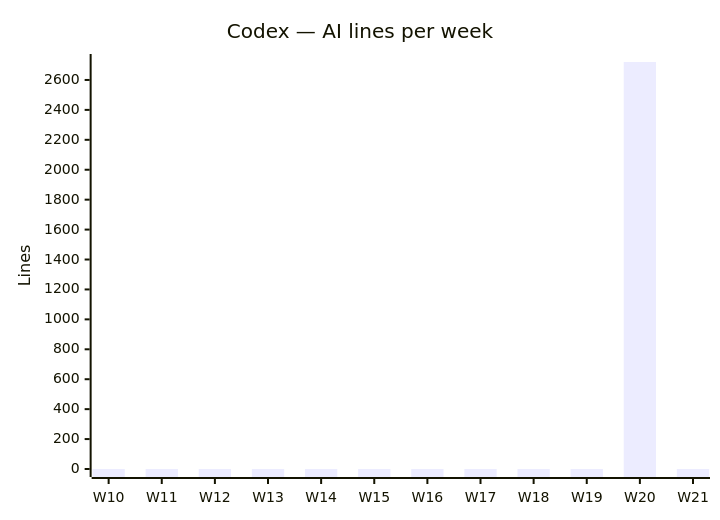
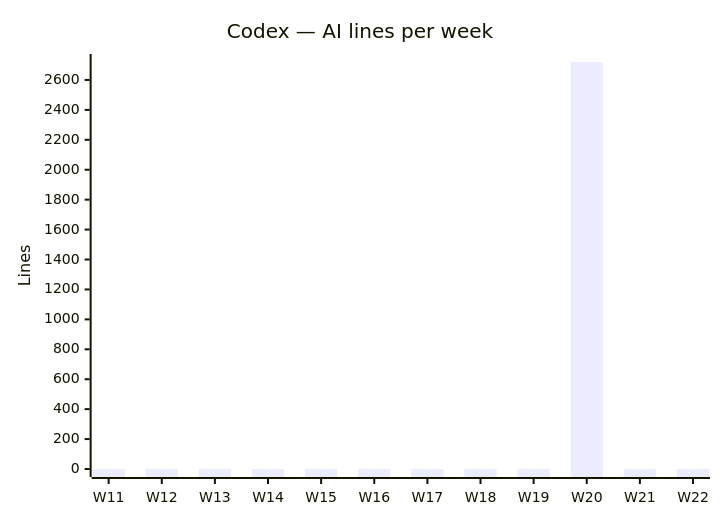
Before and after one commit to fromwaydowntown/ai-use: the third of 4 diagrams in docs/AI_USAGE.md, drawn with Mermaid. The commit also changed other lines of this file, not shown here.

````diff
--- a/docs/AI_USAGE.md
+++ b/docs/AI_USAGE.md
@@ -39,7 +39,7 @@
 ```mermaid
 xychart-beta
     title "Codex — AI lines per week"
-    x-axis ["W10", "W11", "W12", "W13", "W14", "W15", "W16", "W17", "W18", "W19", "W20", "W21"]
+    x-axis ["W11", "W12", "W13", "W14", "W15", "W16", "W17", "W18", "W19", "W20", "W21", "W22"]
     y-axis "Lines"
-    bar [0, 0, 0, 0, 0, 0, 0, 0, 0, 0, 2720, 0]
+    bar [0, 0, 0, 0, 0, 0, 0, 0, 0, 2720, 0, 0]
 ```
````
